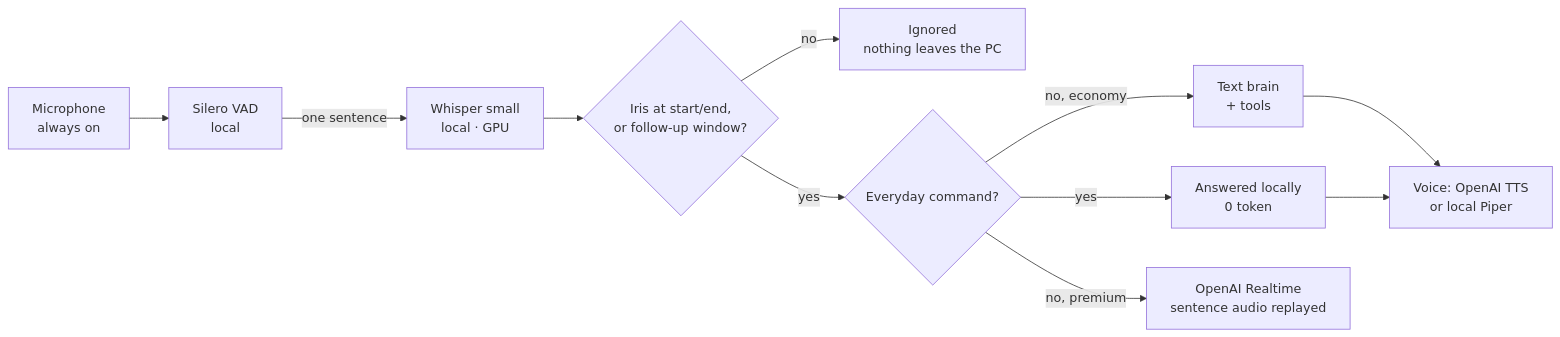
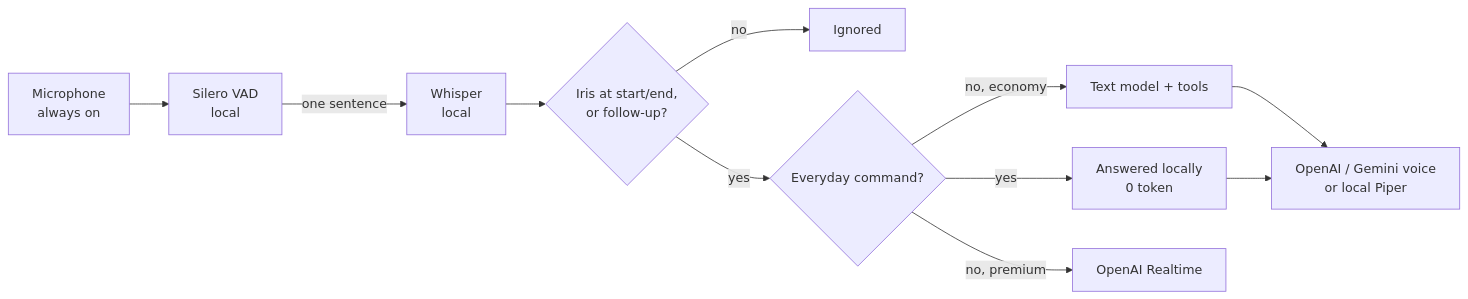
One commit to Sh0ckFR/Iris changed the first of 2 diagrams in README.md. Above: the diagram before and after it, drawn with Mermaid. The commit also changed other lines of this file and 47 other files, not shown here.

````diff
--- a/README.md
+++ b/README.md
@@ -189,13 +99,13 @@
 ```mermaid
 flowchart LR
     MIC[Microphone<br/>always on] --> VAD[Silero VAD<br/>local]
-    VAD -->|one sentence| ASR[Whisper small<br/>local · GPU]
-    ASR --> GATE{"Iris" at start/end,<br/>or follow-up window?}
-    GATE -->|no| DROP[Ignored<br/>nothing leaves the PC]
+    VAD -->|one sentence| ASR[Whisper<br/>local]
+    ASR --> GATE{"Iris" at start/end,<br/>or follow-up?}
+    GATE -->|no| DROP[Ignored]
     GATE -->|yes| LOCAL{Everyday command?}
     LOCAL -->|yes| ANSWER[Answered locally<br/>0 token]
-    LOCAL -->|no, economy| BRAIN[Text brain<br/>+ tools]
-    LOCAL -->|no, premium| RT[OpenAI Realtime<br/>sentence audio replayed]
-    BRAIN --> TTS[Voice: OpenAI TTS<br/>or local Piper]
+    LOCAL -->|no, economy| BRAIN[Text model + tools]
+    LOCAL -->|no, premium| RT[OpenAI Realtime]
+    BRAIN --> TTS[OpenAI / Gemini voice<br/>or local Piper]
     ANSWER --> TTS
 ```
````
